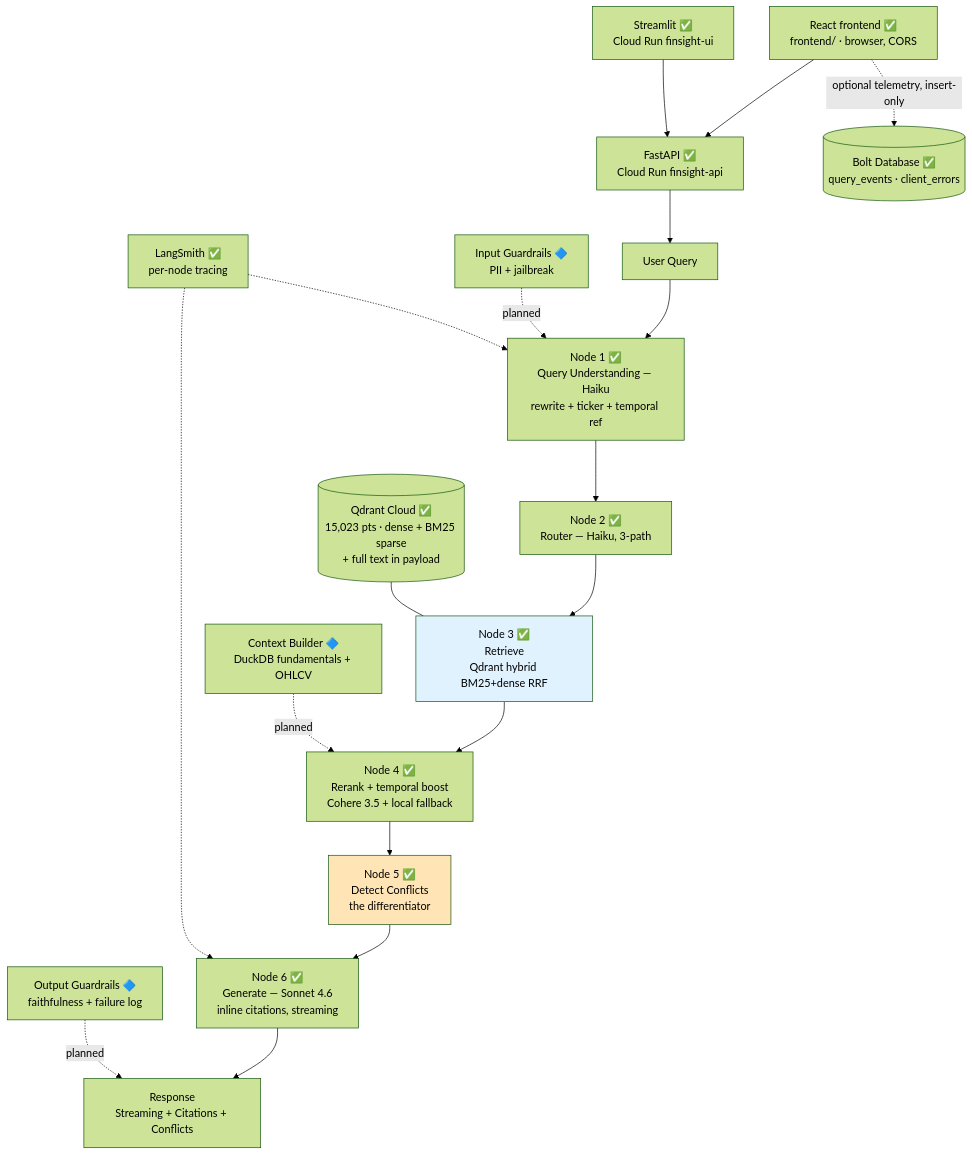
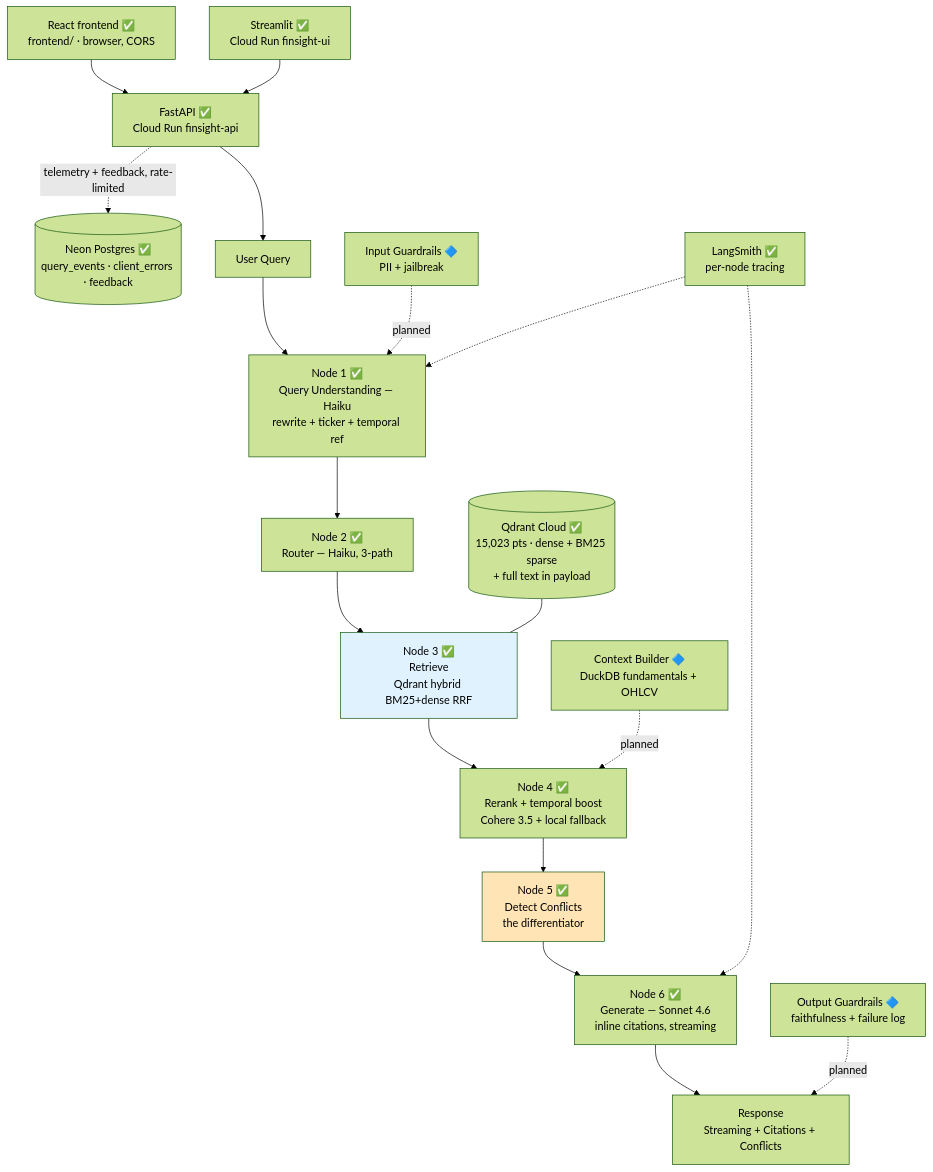
The diagram in docs/architecture.md (aparmarthi/rag-hybrid-search-reranking-system), drawn with Mermaid (forest theme) before and after one commit. The commit also changed other lines of this file and 6 other files, not shown here.

First line of the commit message:
docs: DEC-024 Postgres telemetry; mark DEC-023 superseded

````diff
--- a/docs/architecture.md
+++ b/docs/architecture.md
@@ -13,25 +13,25 @@
 ```mermaid
 flowchart TB
     FE[React frontend ✅<br/>frontend/ · browser, CORS] --> API[FastAPI ✅<br/>Cloud Run finsight-api]
     ST[Streamlit ✅<br/>Cloud Run finsight-ui] --> API
-    FE -.optional telemetry, insert-only.-> TD[(Bolt Database ✅<br/>query_events · client_errors)]
+    API -.telemetry + feedback, rate-limited.-> TD[(Neon Postgres ✅<br/>query_events · client_errors · feedback)]
     API --> U[User Query]
     U --> N1[Node 1 ✅<br/>Query Understanding — Haiku<br/>rewrite + ticker + temporal ref]
     N1 --> N2[Node 2 ✅<br/>Router — Haiku, 3-path]
     N2 --> N3[Node 3 ✅<br/>Retrieve<br/>Qdrant hybrid BM25+dense RRF]
     N3 --> N4[Node 4 ✅<br/>Rerank + temporal boost<br/>Cohere 3.5 + local fallback]
     N4 --> N5[Node 5 ✅<br/>Detect Conflicts<br/>the differentiator]
     N5 --> N6[Node 6 ✅<br/>Generate — Sonnet 4.6<br/>inline citations, streaming]
     N6 --> R[Response<br/>Streaming + Citations + Conflicts]
 
     IG[Input Guardrails 🔷<br/>PII + jailbreak] -.planned.-> N1
     CB[Context Builder 🔷<br/>DuckDB fundamentals + OHLCV] -.planned.-> N4
     OG[Output Guardrails 🔷<br/>faithfulness + failure log] -.planned.-> R
 
     QD[(Qdrant Cloud ✅<br/>15,023 pts · dense + BM25 sparse<br/>+ full text in payload)] --- N3
     LS[LangSmith ✅<br/>per-node tracing] -.->  N1
     LS -.-> N6
 
     style N5 fill:#ffe4b5
     style N3 fill:#e0f2fe
 ```
````
